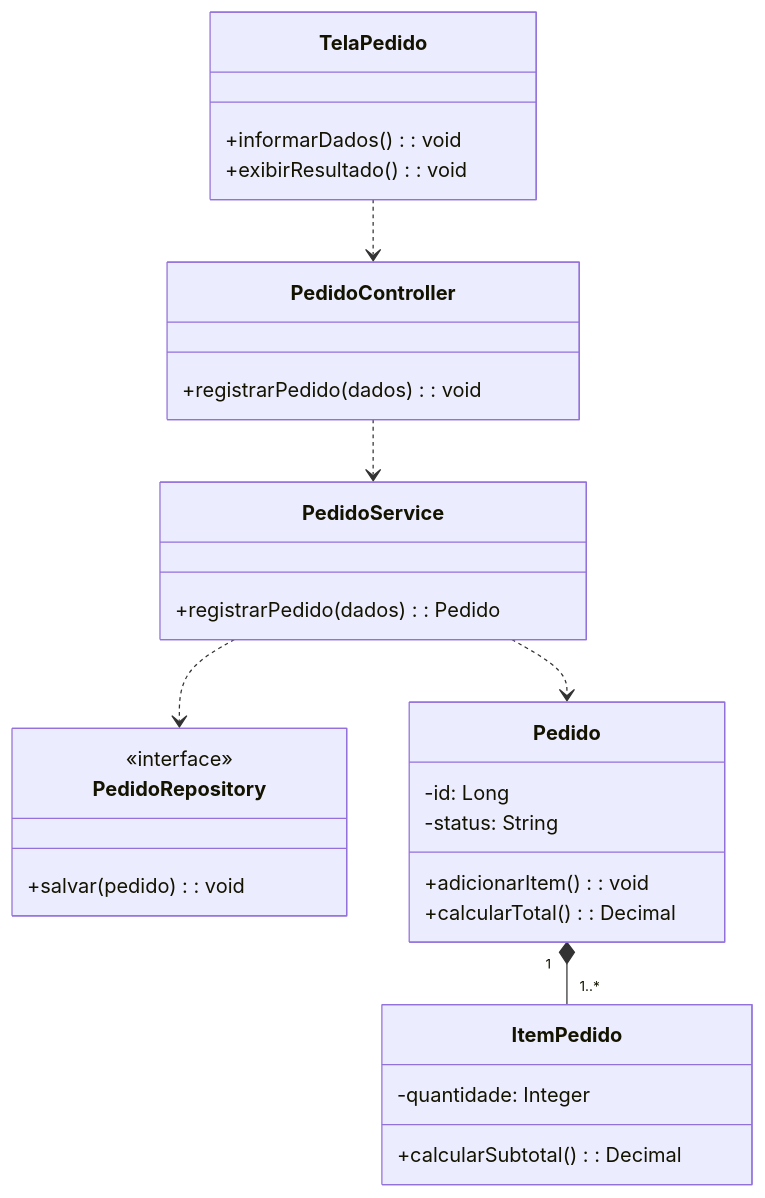
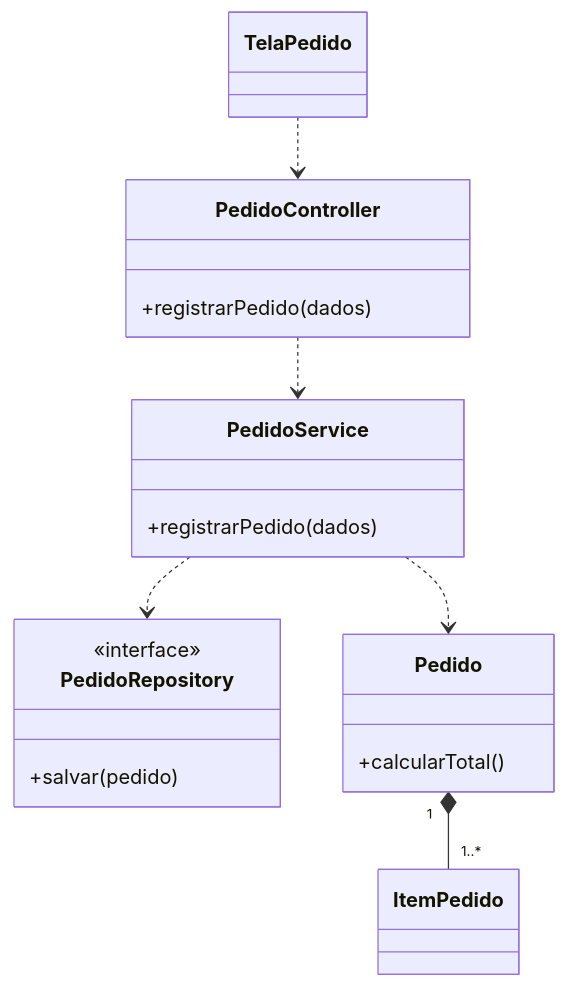
One commit to PedroWatermann/UEM_Eng_Soft changed the seventh of 13 diagrams in 2_ano/4_semestre/AnaliseProjetoSoftware/ListaExercícios/Lista_6.md. Above: the diagram before and after it, drawn with Mermaid. The commit also changed other lines of this file and 1 other file, not shown here.

````diff
--- a/2_ano/4_semestre/AnaliseProjetoSoftware/ListaExercícios/Lista_6.md
+++ b/2_ano/4_semestre/AnaliseProjetoSoftware/ListaExercícios/Lista_6.md
@@ -302,32 +135,15 @@
 ```mermaid
 classDiagram
-    class TelaPedido {
-        +informarDados(): void
-        +exibirResultado(): void
-    }
-    class PedidoController {
-        +registrarPedido(dados): void
-    }
-    class PedidoService {
-        +registrarPedido(dados): Pedido
-    }
+    class PedidoController { +registrarPedido(dados) }
+    class PedidoService { +registrarPedido(dados) }
     class PedidoRepository {
         <<interface>>
-        +salvar(pedido): void
+        +salvar(pedido)
     }
-    class Pedido {
-        -id: Long
-        -status: String
-        +adicionarItem(): void
-        +calcularTotal(): Decimal
-    }
-    class ItemPedido {
-        -quantidade: Integer
-        +calcularSubtotal(): Decimal
-    }
+    class Pedido { +calcularTotal() }
     TelaPedido ..> PedidoController
     PedidoController ..> PedidoService
+    PedidoService ..> Pedido
     PedidoService ..> PedidoRepository
-    PedidoService ..> Pedido
     Pedido "1" *-- "1..*" ItemPedido
 ```
````
